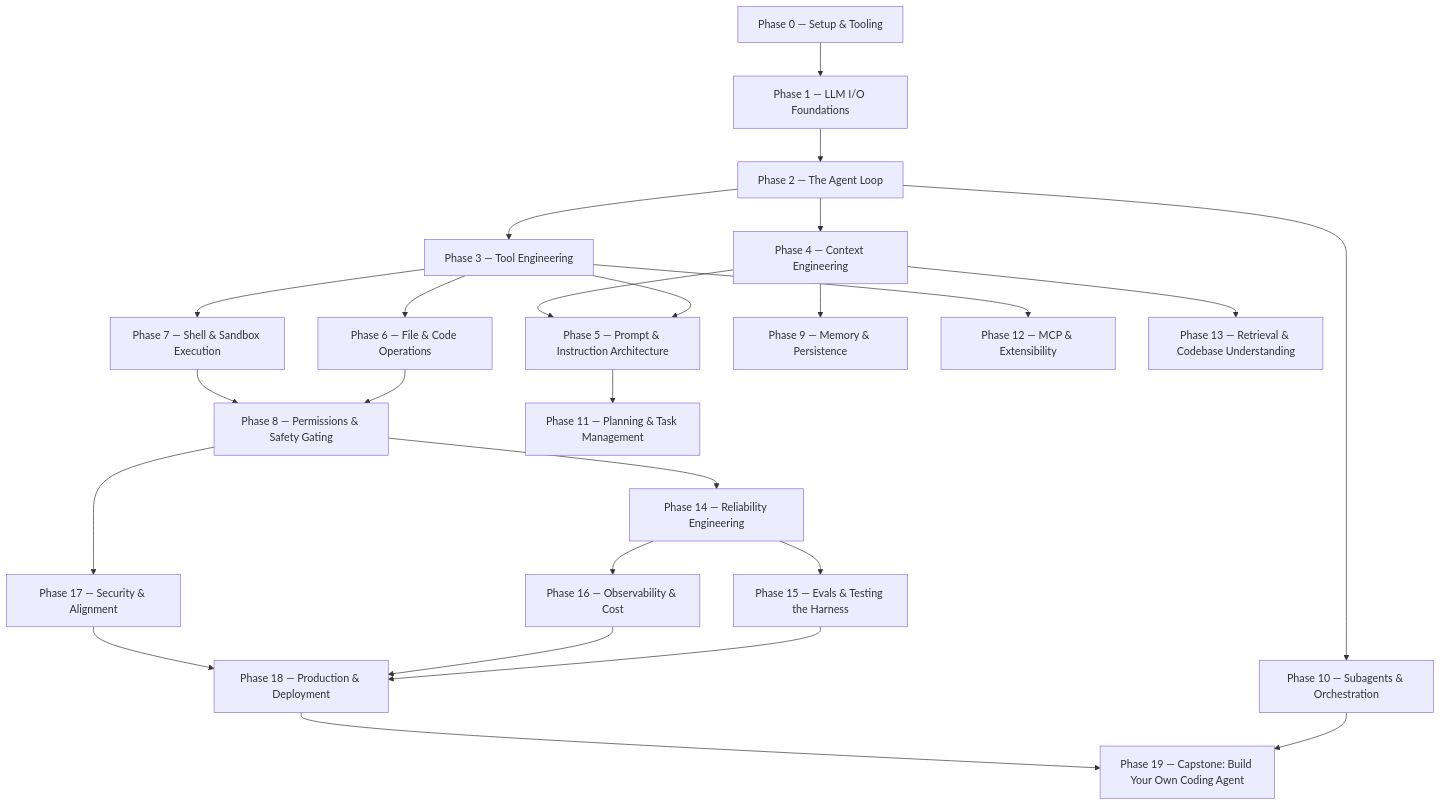
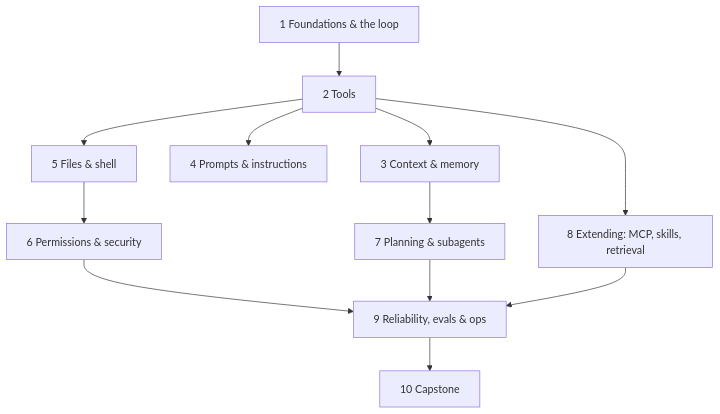
The diagram in harness-engineering/ROADMAP.md (aakashagg123/gatsby), drawn with Mermaid before and after one commit. The commit also changed other lines of this file and 526 other files, not shown here.

First line of the commit message:
Trim harness-engineering to a 41-lesson core build path

````diff
--- a/harness-engineering/ROADMAP.md
+++ b/harness-engineering/ROADMAP.md
@@ -13,27 +10,14 @@
 ```mermaid
 flowchart TB
-  P0["Phase 0 — Setup & Tooling"] --> P1["Phase 1 — LLM I/O Foundations"]
-  P1 --> P2["Phase 2 — The Agent Loop"]
-  P2 --> P3["Phase 3 — Tool Engineering"]
-  P2 --> P4["Phase 4 — Context Engineering"]
-  P3 --> P5["Phase 5 — Prompt & Instruction Architecture"]
-  P4 --> P5
-  P3 --> P6["Phase 6 — File & Code Operations"]
-  P3 --> P7["Phase 7 — Shell & Sandbox Execution"]
-  P6 --> P8["Phase 8 — Permissions & Safety Gating"]
-  P7 --> P8
-  P4 --> P9["Phase 9 — Memory & Persistence"]
-  P2 --> P10["Phase 10 — Subagents & Orchestration"]
-  P5 --> P11["Phase 11 — Planning & Task Management"]
-  P3 --> P12["Phase 12 — MCP & Extensibility"]
-  P4 --> P13["Phase 13 — Retrieval & Codebase Understanding"]
-  P8 --> P14["Phase 14 — Reliability Engineering"]
-  P14 --> P15["Phase 15 — Evals & Testing the Harness"]
-  P14 --> P16["Phase 16 — Observability & Cost"]
-  P8 --> P17["Phase 17 — Security & Alignment"]
-  P15 --> P18["Phase 18 — Production & Deployment"]
-  P16 --> P18
-  P17 --> P18
-  P10 --> P19["Phase 19 — Capstone: Build Your Own Coding Agent"]
-  P18 --> P19
+  P1["1 Foundations & the loop"] --> P2["2 Tools"]
+  P2 --> P3["3 Context & memory"]
+  P2 --> P4["4 Prompts & instructions"]
+  P2 --> P5["5 Files & shell"]
+  P5 --> P6["6 Permissions & security"]
+  P3 --> P7["7 Planning & subagents"]
+  P2 --> P8["8 Extending: MCP, skills, retrieval"]
+  P6 --> P9["9 Reliability, evals & ops"]
+  P7 --> P9
+  P8 --> P9
+  P9 --> P10["10 Capstone"]
 ```
````
